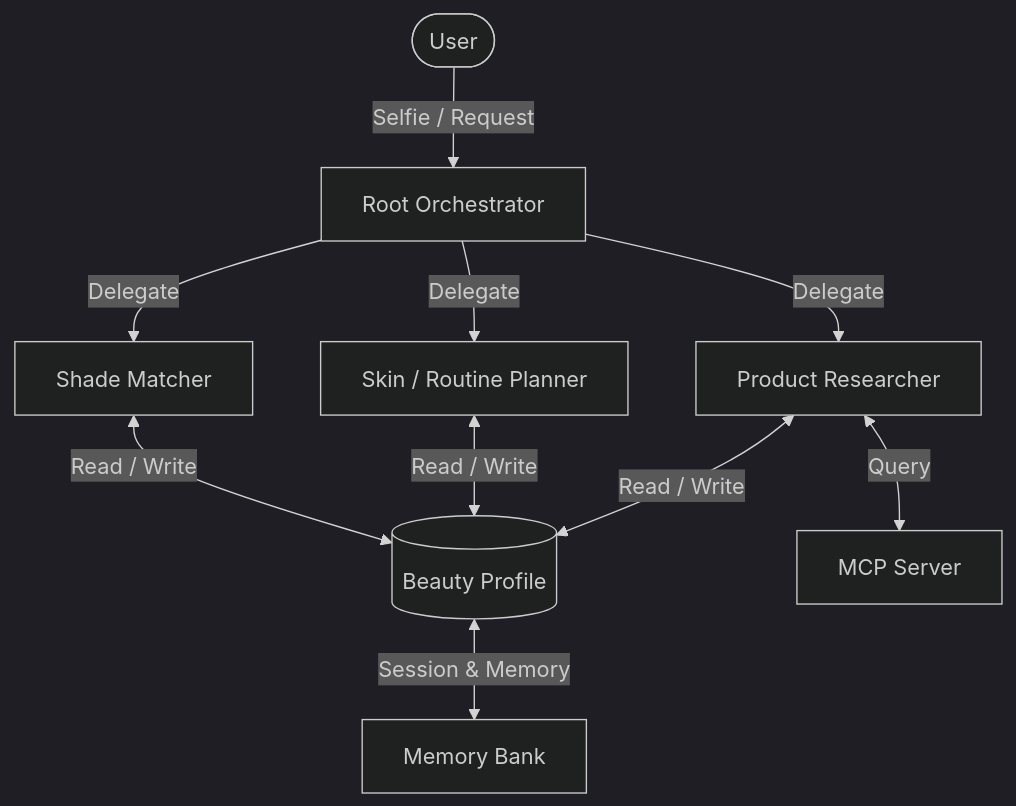
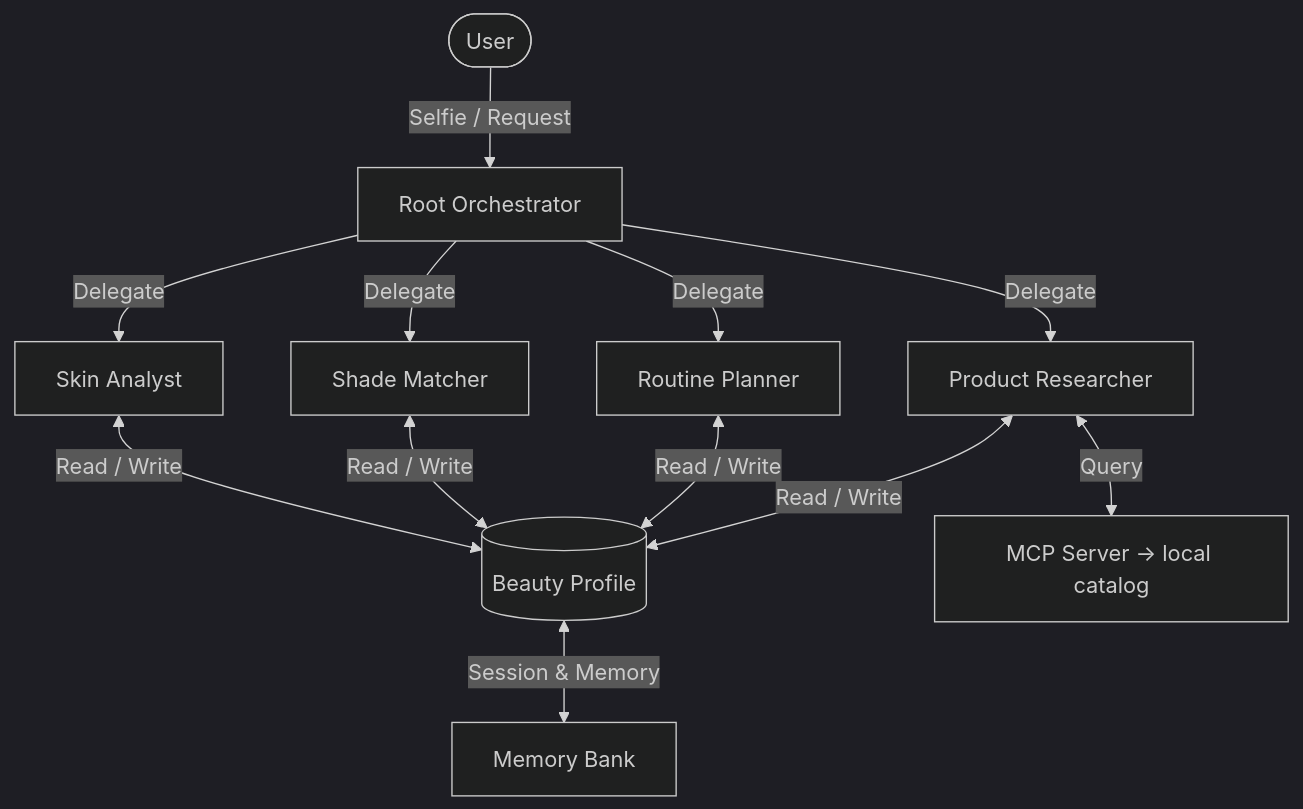
One commit to lailabasyouni1000-cyber/jamalek changed the diagram in README.md. Above: the diagram before and after it, drawn with Mermaid (dark theme). The commit also changed other lines of this file, not shown here.

````diff
--- a/README.md
+++ b/README.md
@@ -19,15 +19,17 @@
 ```mermaid
 graph TD
     User([User]) -->|Selfie / Request| Root[Root Orchestrator]
+    Root -->|Delegate| SA[Skin Analyst]
     Root -->|Delegate| SM[Shade Matcher]
-    Root -->|Delegate| SP[Skin / Routine Planner]
+    Root -->|Delegate| RP[Routine Planner]
     Root -->|Delegate| PR[Product Researcher]
-    
-    SM <-->|Read / Write| Profile[(Beauty Profile)]
-    SP <-->|Read / Write| Profile
+
+    SA <-->|Read / Write| Profile[(Beauty Profile)]
+    SM <-->|Read / Write| Profile
+    RP <-->|Read / Write| Profile
     PR <-->|Read / Write| Profile
-    
+
     Profile <-->|Session & Memory| MB[Memory Bank]
-    
-    PR <-->|Query| MCP[MCP Server]
+
+    PR <-->|Query| MCP[MCP Server -> local catalog]
 ```
````
